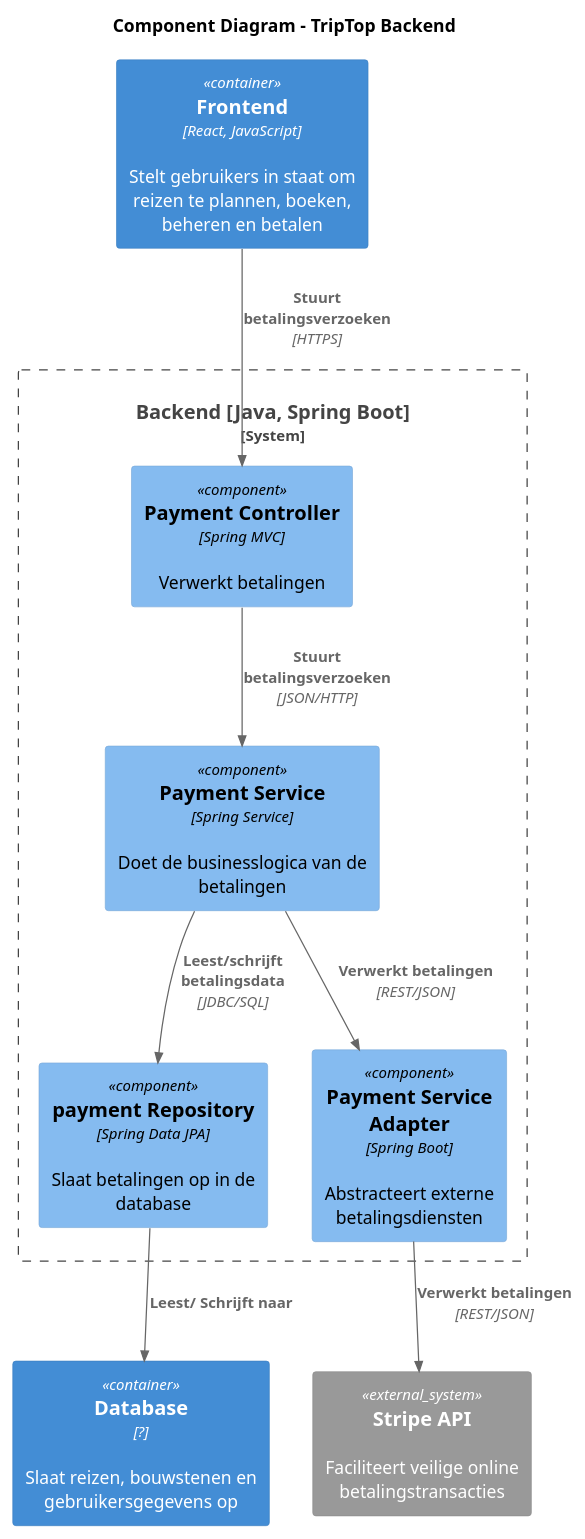
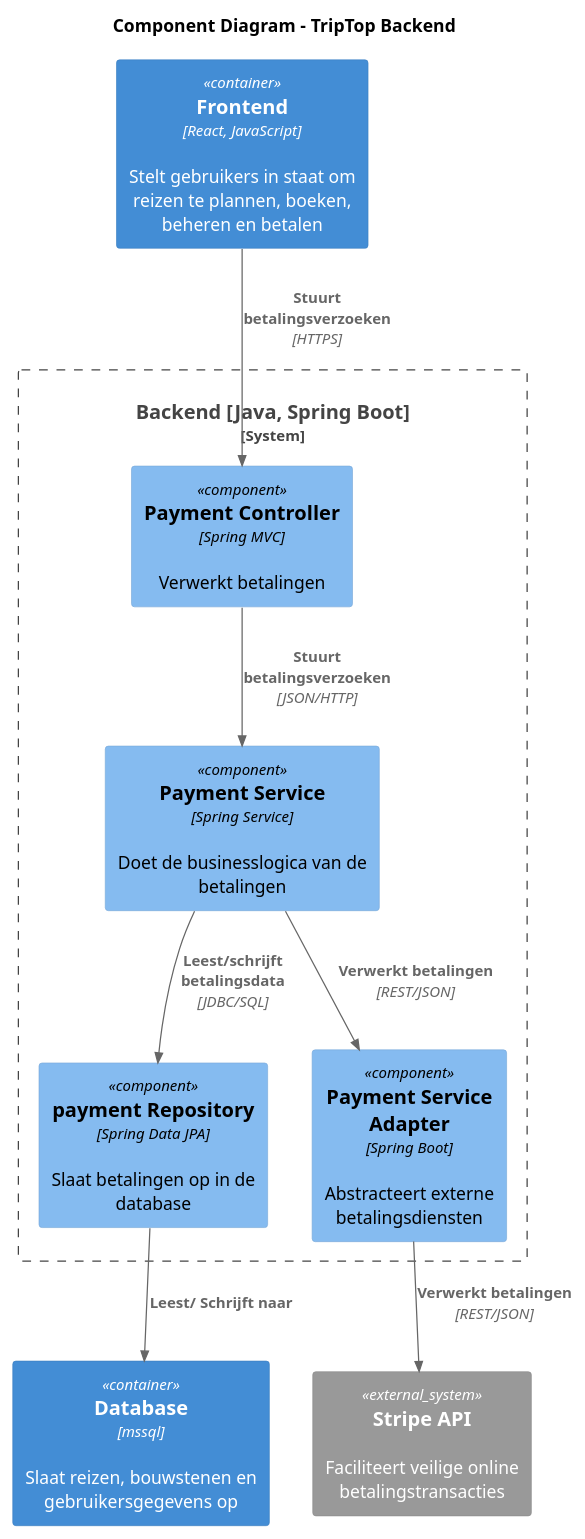
One commit to AIM-ENE-feb25/triptop-asas changed the diagram in software-guidebook/component-code/amine/Component-diagram.puml. Above: the diagram before and after it, drawn with PlantUML. The commit also changed 2 other files, not shown here.

Commit message:
Dynamic component diagram gemaakt

```diff
--- a/software-guidebook/component-code/amine/Component-diagram.puml
+++ b/software-guidebook/component-code/amine/Component-diagram.puml
@@ -1,40 +1,40 @@
 @startuml
 title Component Diagram – TripTop Backend
 !include https://raw.githubusercontent.com/plantuml-stdlib/C4-PlantUML/master/C4_Component.puml
 
 
 
 Container(frontend, "Frontend", "React, JavaScript", "Stelt gebruikers in staat om reizen te plannen, boeken, beheren en betalen")
 
 System_Boundary(backendSystem, "Backend [Java, Spring Boot]") {
     Component(paymentController, "Payment Controller", "Spring MVC", "Verwerkt betalingen")
     Component(paymentService, "Payment Service", "Spring Service", "Doet de businesslogica van de betalingen")
     Component(paymentRepository, "payment Repository", "Spring Data JPA", "Slaat betalingen op in de database")
     Component(paymentAdapter, "Payment Service Adapter", "Spring Boot", "Abstracteert externe betalingsdiensten")
 
 
 
 }
 
-Container(database, "Database", "?", "Slaat reizen, bouwstenen en gebruikersgegevens op")
+Container(database, "Database", "mssql", "Slaat reizen, bouwstenen en gebruikersgegevens op")
 
 System_Ext(payment_provider, "Stripe API", "Faciliteert veilige online betalingstransacties")
 
 
 
     Rel(frontend, paymentController, "Stuurt betalingsverzoeken", "HTTPS")
 
     Rel(paymentController, paymentService, "Stuurt betalingsverzoeken", "JSON/HTTP")
 
     Rel(paymentService, paymentRepository, "Leest/schrijft betalingsdata", "JDBC/SQL")
     Rel(paymentRepository,database,"Leest/ Schrijft naar")
 
     Rel(paymentService, paymentAdapter, "Verwerkt betalingen", "REST/JSON")
 
 
     Rel(paymentAdapter, payment_provider, "Verwerkt betalingen", "REST/JSON")
 
 
 
 
 @enduml
```
